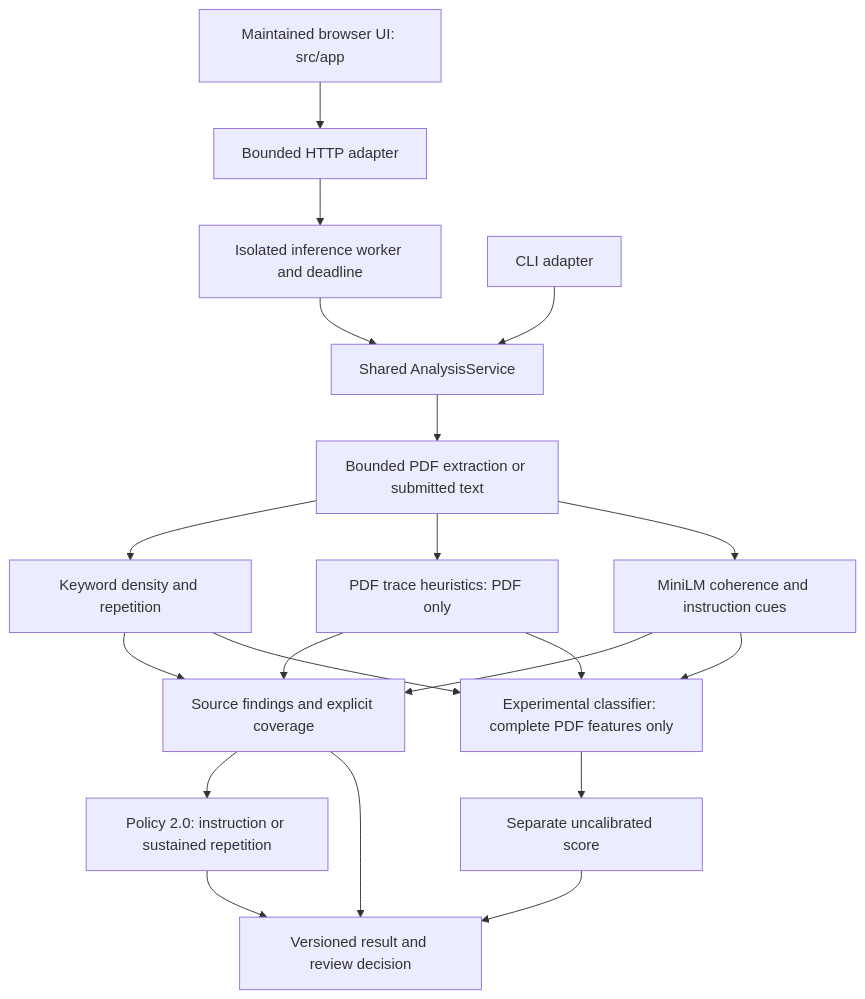
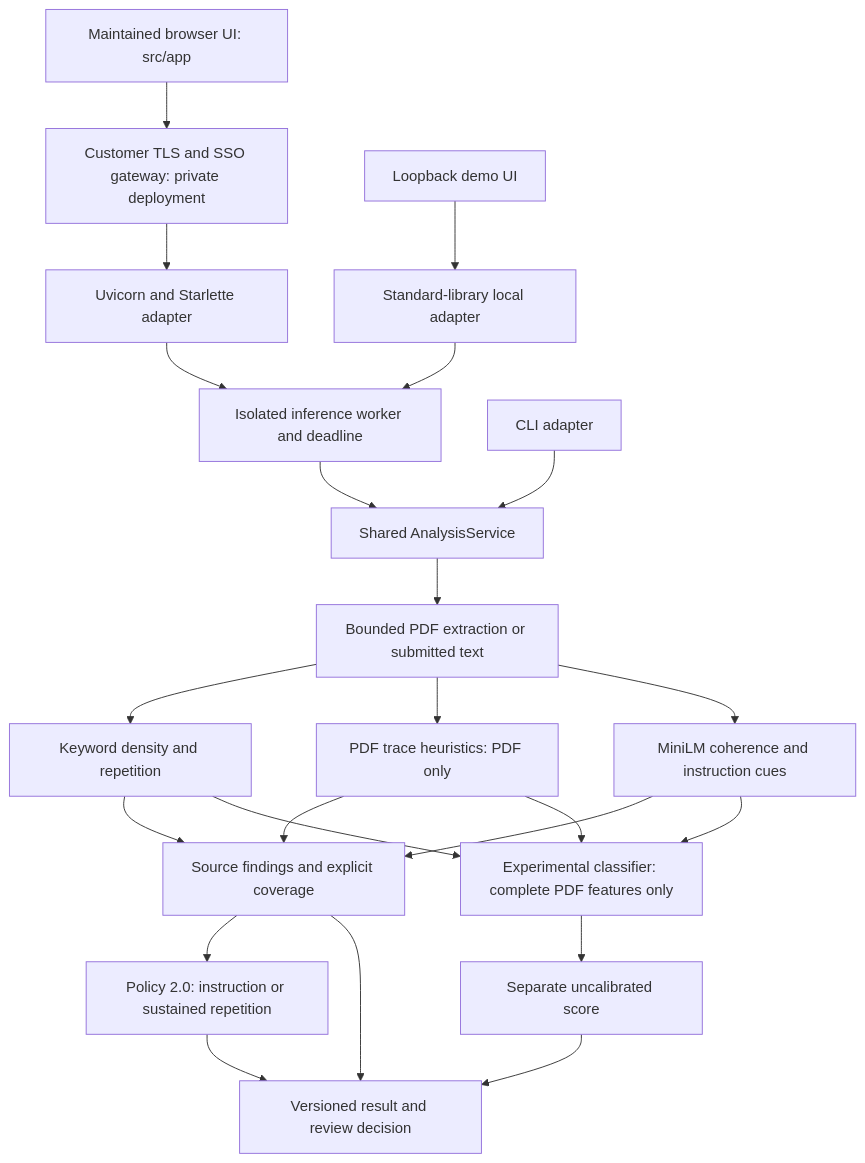
One commit to dhruvkandpal78/ATS-Final-Boss changed the diagram in docs/Architecture.md. Above: the diagram before and after it, drawn with Mermaid. The commit also changed other lines of this file and 23 other files, not shown here.

First line of the commit message:
feat: strengthen application runtime and deployment architecture

````diff
--- a/docs/Architecture.md
+++ b/docs/Architecture.md
@@ -9,22 +9,25 @@
 ```mermaid
 flowchart TD
-    UI[Maintained browser UI: src/app] --> API[Bounded HTTP adapter]
+    UI[Maintained browser UI: src/app] --> Gateway[Customer TLS and SSO gateway: private deployment]
+    Gateway --> API[Uvicorn and Starlette adapter]
+    Demo[Loopback demo UI] --> Local[Standard-library local adapter]
+    Local --> Worker
     API --> Worker[Isolated inference worker and deadline]
     CLI[CLI adapter] --> Service[Shared AnalysisService]
     Worker --> Service
     Service --> Extract[Bounded PDF extraction or submitted text]
     Extract --> A[Keyword density and repetition]
     Extract --> B[PDF trace heuristics: PDF only]
     Extract --> C[MiniLM coherence and instruction cues]
     A --> Evidence[Source findings and explicit coverage]
     B --> Evidence
     C --> Evidence
     A --> Model[Experimental classifier: complete PDF features only]
     B --> Model
     C --> Model
     Evidence --> Policy[Policy 2.0: instruction or sustained repetition]
     Model --> Advisory[Separate uncalibrated score]
     Policy --> Result[Versioned result and review decision]
     Advisory --> Result
     Evidence --> Result
 ```
````
